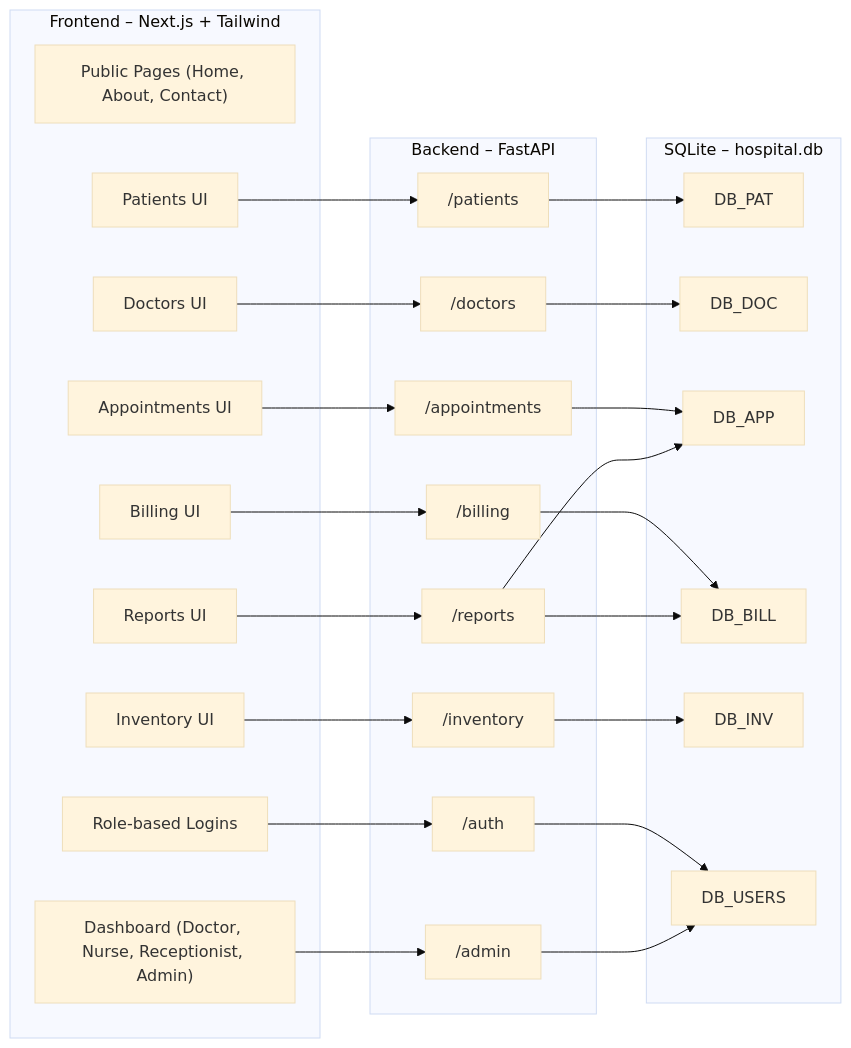
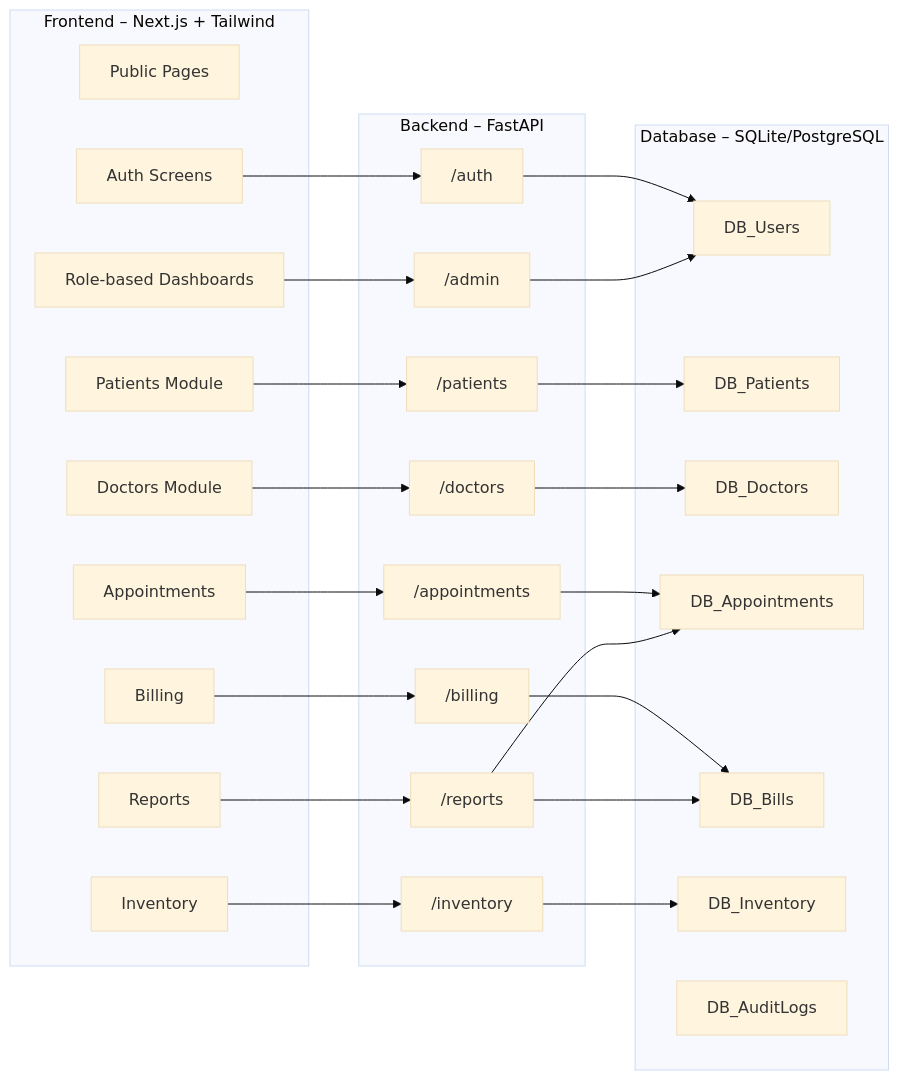
One commit to basedavishkar/vitalit-os changed the diagram in docs/architecture.md. Above: the diagram before and after it, drawn with Mermaid (base theme). The commit also changed other lines of this file, not shown here.

Commit message:
docs: update architecture.md with system design and mermaid diagrams

````diff
--- a/docs/architecture.md
+++ b/docs/architecture.md
@@ -9,48 +21,46 @@
 ```mermaid
 flowchart LR
 
-  %% ---------- Frontend ----------
   subgraph FE [Frontend – Next.js + Tailwind]
-    FE_Home["Public Pages (Home, About, Contact)"]
-    FE_Login["Role-based Logins"]
-    FE_Dash["Dashboard (Doctor, Nurse, Receptionist, Admin)"]
-    FE_PAT["Patients UI"]
-    FE_DOC["Doctors UI"]
-    FE_APP["Appointments UI"]
-    FE_BILL["Billing UI"]
-    FE_INV["Inventory UI"]
-    FE_REP["Reports UI"]
+    FE_Public["Public Pages"]
+    FE_Login["Auth Screens"]
+    FE_Dash["Role-based Dashboards"]
+    FE_PAT["Patients Module"]
+    FE_DOC["Doctors Module"]
+    FE_APP["Appointments"]
+    FE_BILL["Billing"]
+    FE_INV["Inventory"]
+    FE_REP["Reports"]
   end
 
-  %% ---------- Backend API ----------
   subgraph API [Backend – FastAPI]
     API_AUTH["/auth"]
     API_PAT["/patients"]
     API_DOC["/doctors"]
     API_APP["/appointments"]
     API_BILL["/billing"]
     API_INV["/inventory"]
     API_REP["/reports"]
     API_ADMIN["/admin"]
   end
 
-  %% ---------- Database ----------
-  subgraph DB [SQLite – hospital.db]
-    DB_PAT
-    DB_DOC
-    DB_APP
-    DB_BILL
-    DB_INV
-    DB_USERS
+  subgraph DB [Database – SQLite/PostgreSQL]
+    DB_Users
+    DB_Patients
+    DB_Doctors
+    DB_Appointments
+    DB_Bills
+    DB_Inventory
+    DB_AuditLogs
   end
 
-  %% ---------- Connections ----------
-  FE_PAT --> API_PAT --> DB_PAT
-  FE_DOC --> API_DOC --> DB_DOC
-  FE_APP --> API_APP --> DB_APP
-  FE_BILL --> API_BILL --> DB_BILL
-  FE_INV --> API_INV --> DB_INV
-  FE_REP --> API_REP --> DB_APP & DB_BILL
-  FE_Login --> API_AUTH --> DB_USERS
-  FE_Dash --> API_ADMIN --> DB_USERS
+  %% Connections
+  FE_PAT --> API_PAT --> DB_Patients
+  FE_DOC --> API_DOC --> DB_Doctors
+  FE_APP --> API_APP --> DB_Appointments
+  FE_BILL --> API_BILL --> DB_Bills
+  FE_INV --> API_INV --> DB_Inventory
+  FE_REP --> API_REP --> DB_Appointments & DB_Bills
+  FE_Login --> API_AUTH --> DB_Users
+  FE_Dash --> API_ADMIN --> DB_Users
 ```
````
